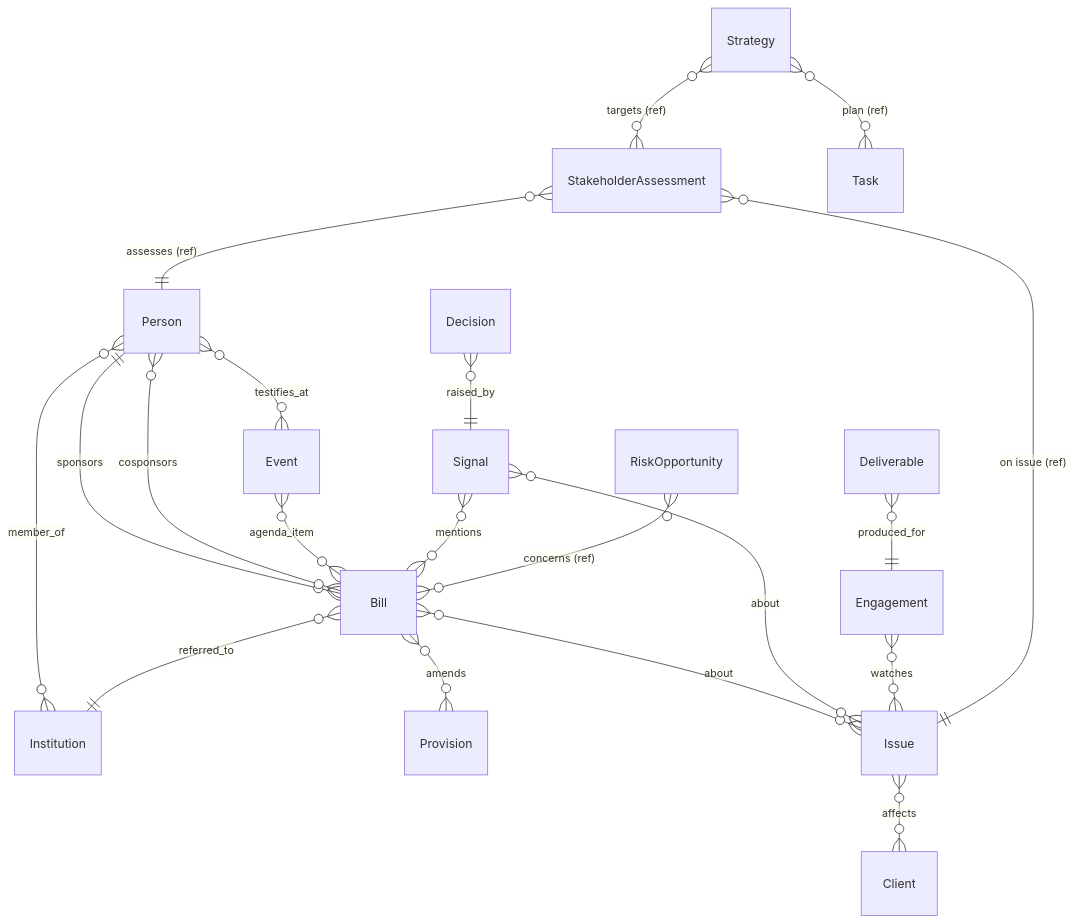
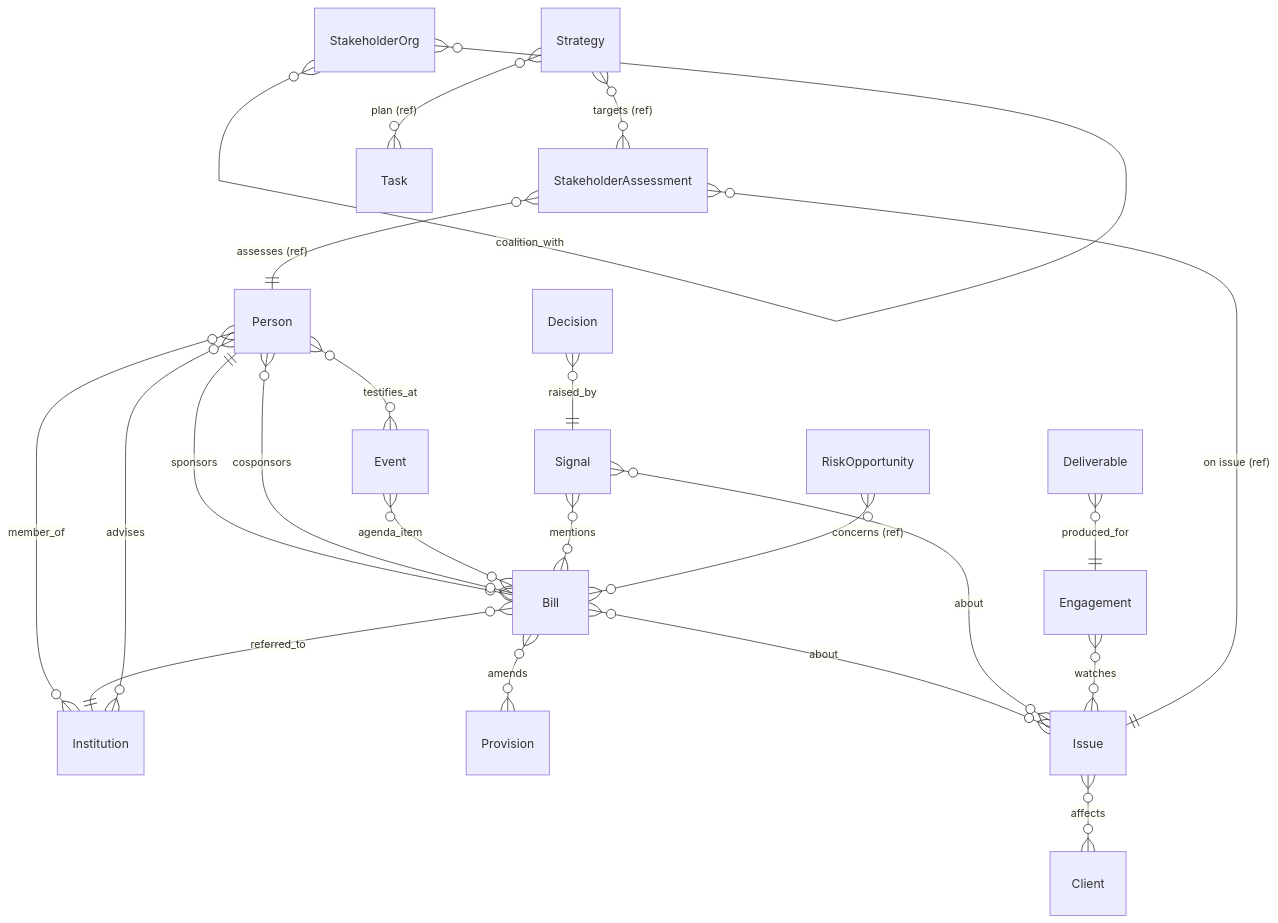
Before and after one commit to AI-odyssey/korea-policy-ontology: the second of 2 diagrams in docs/reference.md, drawn with Mermaid. The commit also changed other lines of this file and 23 other files, not shown here.

````diff
--- a/docs/reference.md
+++ b/docs/reference.md
@@ -141,22 +141,24 @@
 ```mermaid
 erDiagram
   Person ||--o{ Bill : sponsors
   Person }o--o{ Bill : cosponsors
   Person }o--o{ Institution : member_of
   Bill }o--|| Institution : referred_to
   Bill }o--o{ Provision : amends
   Bill }o--o{ Issue : about
   Event }o--o{ Bill : agenda_item
   Person }o--o{ Event : testifies_at
+  Person }o--o{ Institution : advises
+  StakeholderOrg }o--o{ StakeholderOrg : coalition_with
   Signal }o--o{ Issue : about
   Signal }o--o{ Bill : mentions
   Issue }o--o{ Client : affects
   Engagement }o--o{ Issue : watches
   Deliverable }o--|| Engagement : produced_for
   Decision }o--|| Signal : raised_by
   StakeholderAssessment }o--|| Person : "assesses (ref)"
   StakeholderAssessment }o--|| Issue : "on issue (ref)"
   Strategy }o--o{ StakeholderAssessment : "targets (ref)"
   Strategy }o--o{ Task : "plan (ref)"
   RiskOpportunity }o--o{ Bill : "concerns (ref)"
 ```
````
